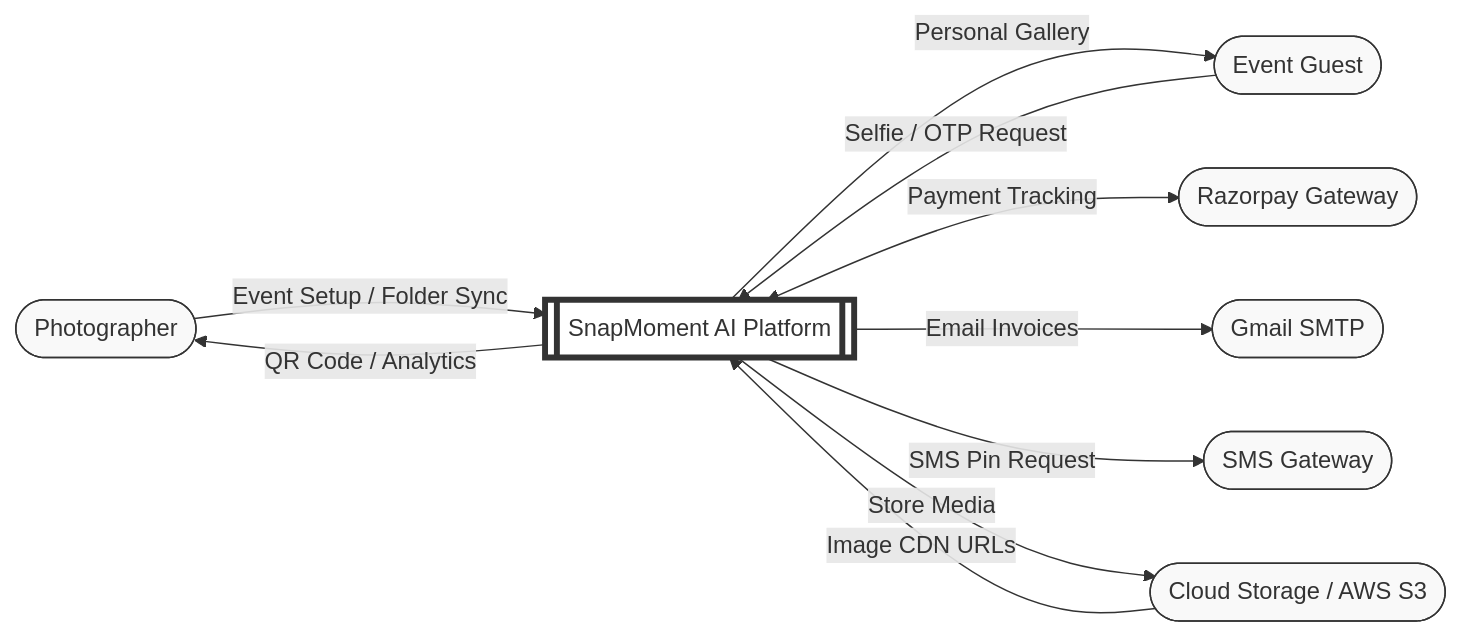
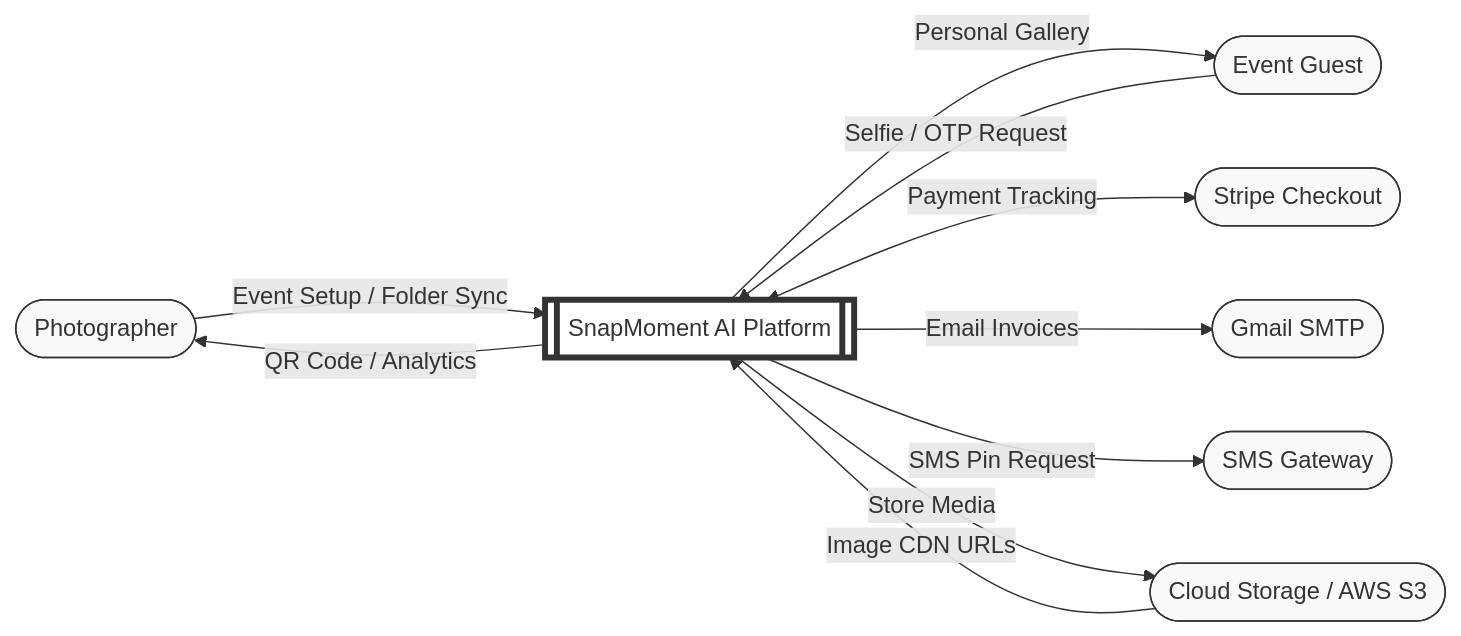
One commit to JoelJose212/SnapMoment changed the first of 6 diagrams in README.md. Above: the diagram before and after it, drawn with Mermaid. The commit also changed other lines of this file and 1 other file, not shown here.

Commit message:
Update documentation to reflect Stripe migration and architecture changes

````diff
--- a/README.md
+++ b/README.md
@@ -91,35 +91,35 @@
 ```mermaid
 graph LR
     %% External Entities (Ovals)
     Photog([Photographer])
     Guest([Event Guest])
     S3([Cloud Storage / AWS S3])
     SMS([SMS Gateway])
-    RP([Razorpay Gateway])
+    Stripe([Stripe Checkout])
     Gmail([Gmail SMTP])
 
     %% Central Process (Box)
     System[[SnapMoment AI Platform]]
 
     %% Data Flows
     Photog -- "Event Setup / Folder Sync" --> System
     System -- "QR Code / Analytics" --> Photog
 
     Guest -- "Selfie / OTP Request" --> System
     System -- "Personal Gallery" --> Guest
 
-    System -- "Payment Tracking" <--> RP
+    System -- "Payment Tracking" <--> Stripe
     System -- "Email Invoices" --> Gmail
     System -- "SMS Pin Request" --> SMS
 
     System -- "Store Media" --> S3
     S3 -- "Image CDN URLs" --> System
 
     style System fill:#fff,stroke:#333,stroke-width:4px
     style Photog fill:#f9f9f9,stroke:#333
     style Guest fill:#f9f9f9,stroke:#333
     style S3 fill:#f9f9f9,stroke:#333
     style SMS fill:#f9f9f9,stroke:#333
-    style RP fill:#f9f9f9,stroke:#333
+    style Stripe fill:#f9f9f9,stroke:#333
     style Gmail fill:#f9f9f9,stroke:#333
 ```
````
